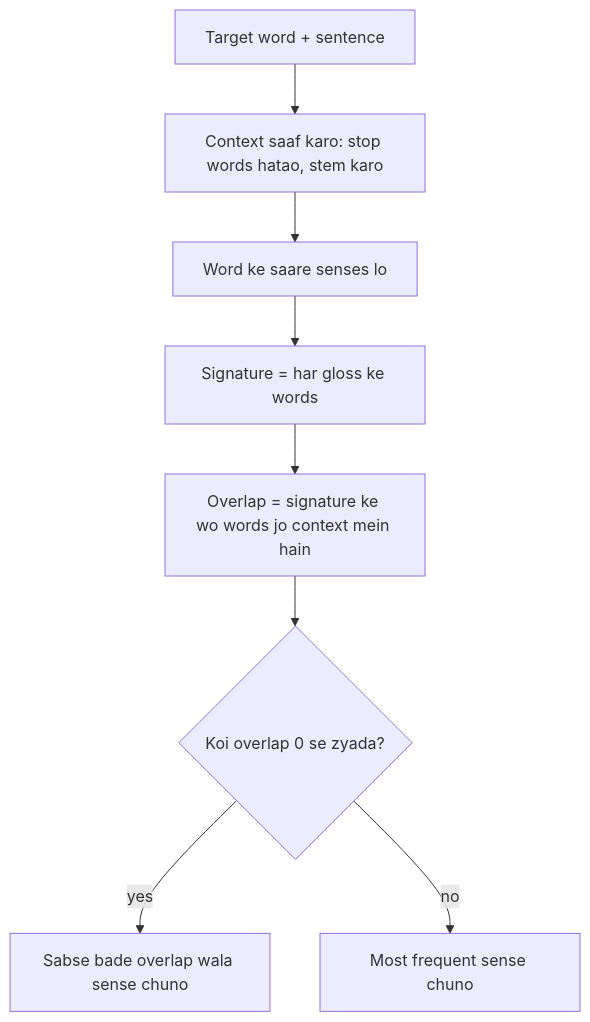
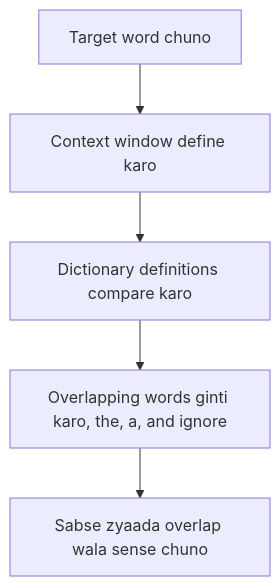
The diagram in content/natural-language-processing/pyq/2024-12/q5a.hi.mdx (TrendySloth1001/sem-seven-notes), drawn with Mermaid before and after one commit. The commit also changed other lines of this file and 406 other files, not shown here.

````diff
--- a/content/natural-language-processing/pyq/2024-12/q5a.hi.mdx
+++ b/content/natural-language-processing/pyq/2024-12/q5a.hi.mdx
@@ -17,11 +57,8 @@
 ```mermaid
-%% caption: Lesk's algorithm. Har sense ko score milta hai ki uski definition sentence ke kitne words se milti hai, aur best score jeetta hai.
+%% caption: Lesk algorithm ek flow ki tarah.
 flowchart TD
-  A["Target word + sentence"] --> B["Context saaf karo: stop words hatao, stem karo"]
-  B --> C["Word ke saare senses lo"]
-  C --> D["Signature = har gloss ke words"]
-  D --> E["Overlap = signature ke wo words jo context mein hain"]
-  E --> F{"Koi overlap 0 se zyada?"}
-  F -->|"yes"| G["Sabse bade overlap wala sense chuno"]
-  F -->|"no"| H["Most frequent sense chuno"]
+  A["Target word chuno"] --> B["Context window define karo"]
+  B --> C["Dictionary definitions compare karo"]
+  C --> D["Overlapping words ginti karo, the, a, and ignore"]
+  D --> E["Sabse zyaada overlap wala sense chuno"]
 ```
````
